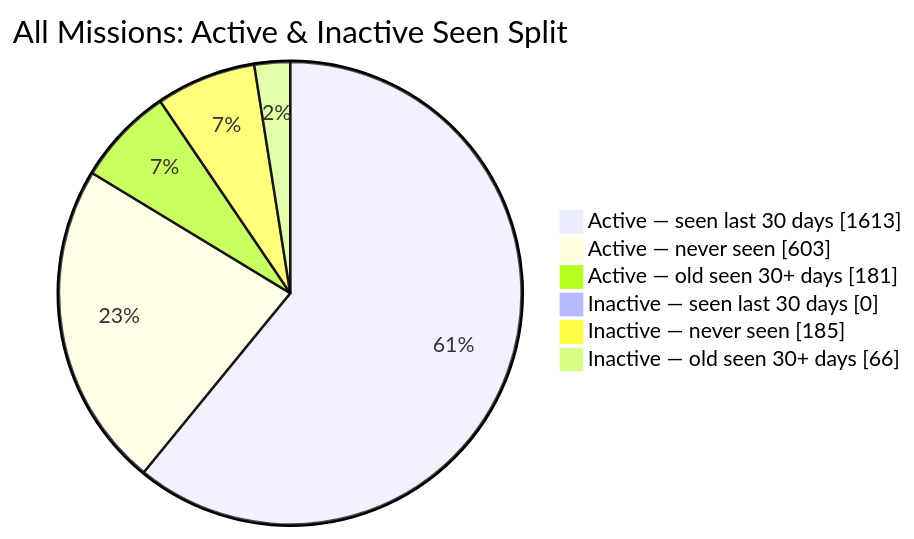
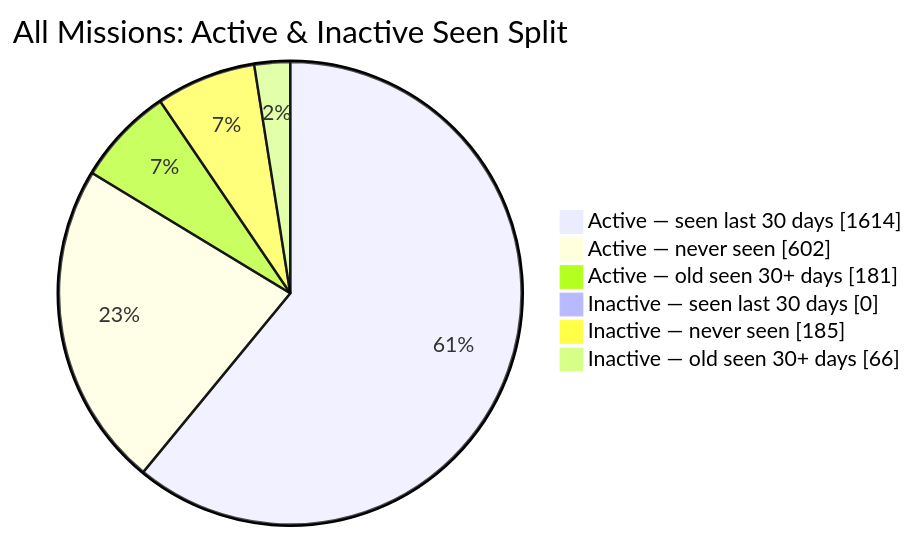
Before and after one commit to MeldkamerspelGameTeam/active-missions: the second of 2 diagrams in README.md, drawn with Mermaid. The commit also changed other lines of this file and 2 other files, not shown here.

````diff
--- a/README.md
+++ b/README.md
@@ -44,10 +44,10 @@
 ```mermaid
 pie showData
     title All Missions: Active & Inactive Seen Split
-    "Active — seen last 30 days" : 1613
-    "Active — never seen" : 603
+    "Active — seen last 30 days" : 1614
+    "Active — never seen" : 602
     "Active — old seen 30+ days" : 181
     "Inactive — seen last 30 days" : 0
     "Inactive — never seen" : 185
     "Inactive — old seen 30+ days" : 66
 ```
````
